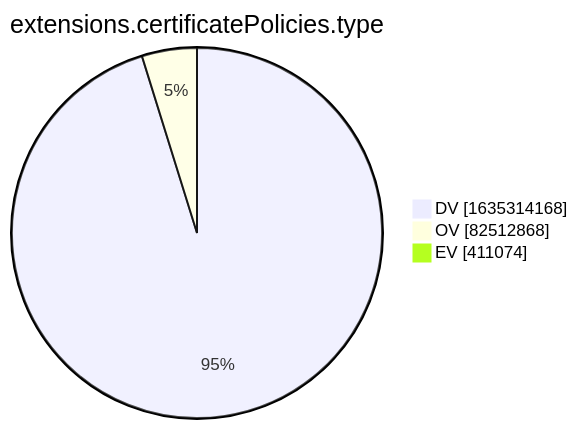
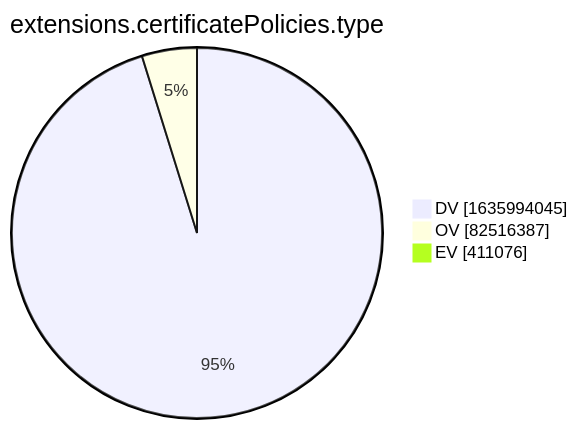
One commit to christiankrug/ctmonitor_visualization changed the tenth of 15 diagrams in xenon2022/README.md. Above: the diagram before and after it, drawn with Mermaid. The commit also changed other lines of this file, not shown here.

````diff
--- a/xenon2022/README.md
+++ b/xenon2022/README.md
@@ -2879,7 +2879,7 @@
 ```mermaid
 pie showData
 title extensions.certificatePolicies.type
-"DV" :1635314168
-"OV" :82512868
-"EV" :411074
+"DV" :1635994045
+"OV" :82516387
+"EV" :411076
 ```
````
